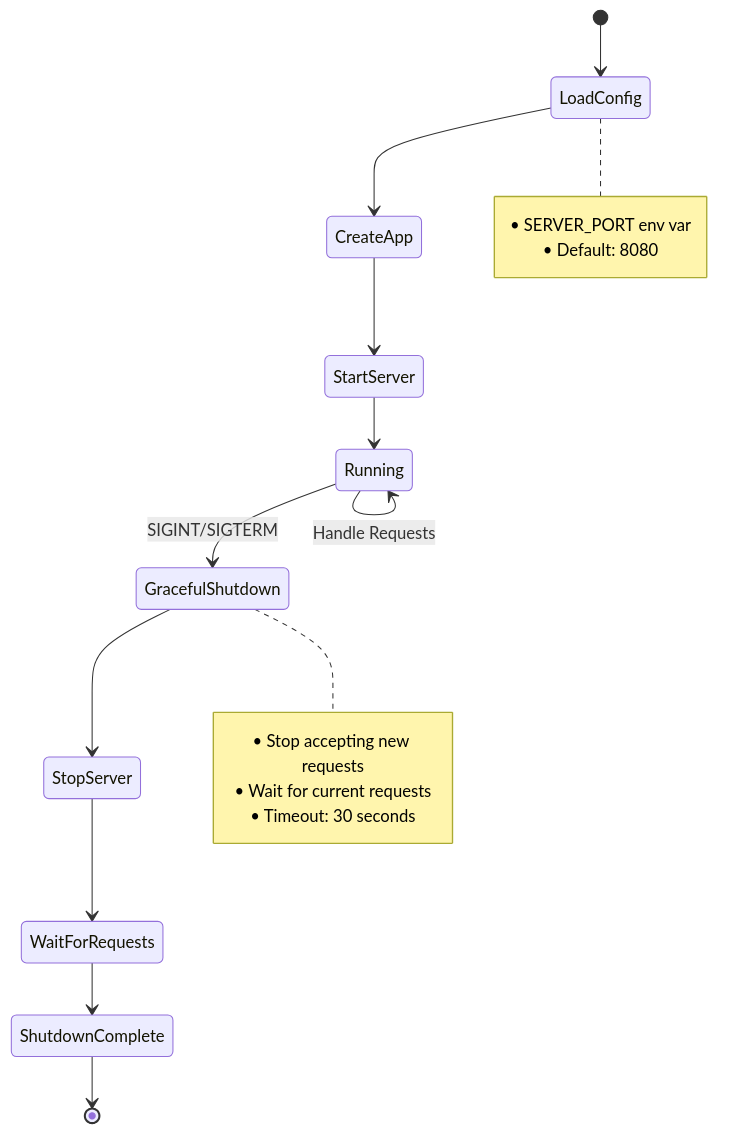
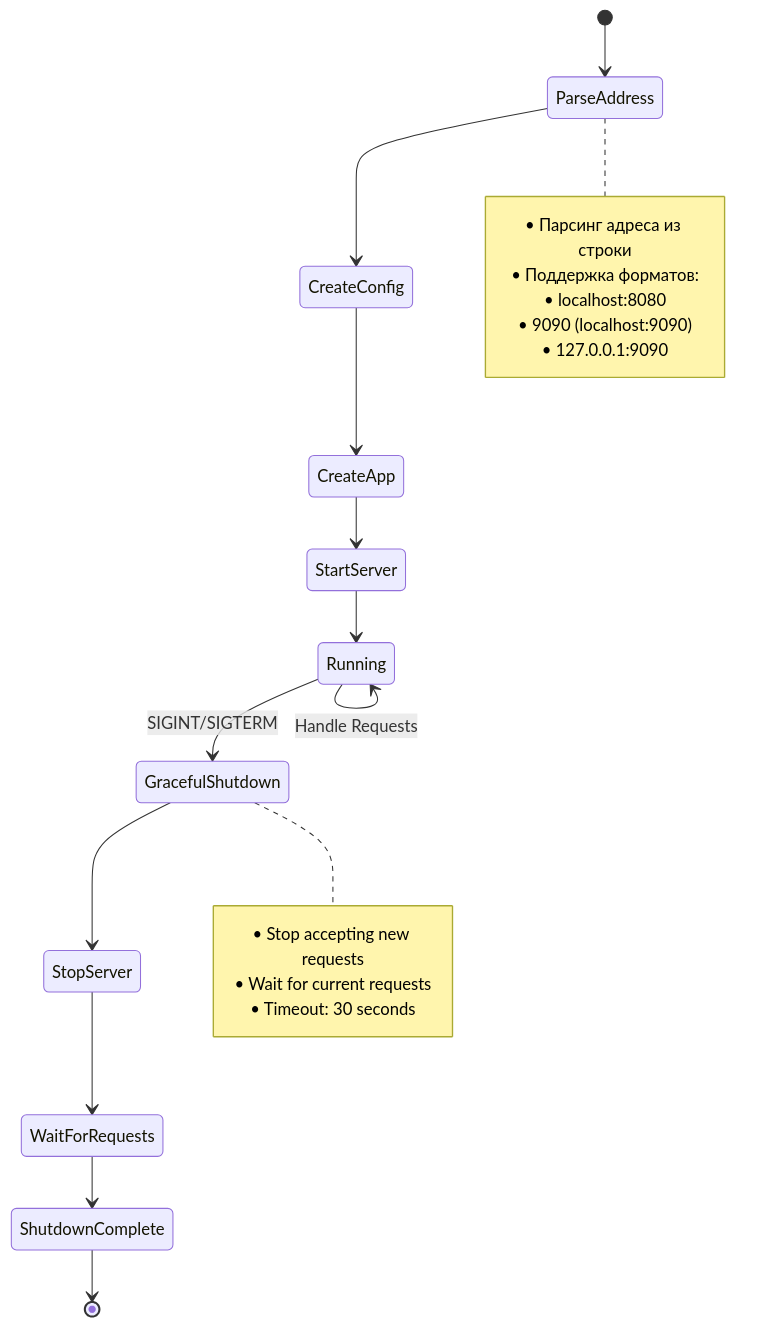
Before and after one commit to IgorKilipenko/metrical: the second of 2 diagrams in internal/app/README.md, drawn with Mermaid. The commit also changed other lines of this file and 4 other files, not shown here.

````diff
--- a/internal/app/README.md
+++ b/internal/app/README.md
@@ -66,26 +76,30 @@
 ```mermaid
 stateDiagram-v2
-    [*] --> LoadConfig
-    LoadConfig --> CreateApp
+    [*] --> ParseAddress
+    ParseAddress --> CreateConfig
+    CreateConfig --> CreateApp
     CreateApp --> StartServer
     StartServer --> Running
     
     Running --> GracefulShutdown : SIGINT/SIGTERM
     GracefulShutdown --> StopServer
     StopServer --> WaitForRequests
     WaitForRequests --> ShutdownComplete
     ShutdownComplete --> [*]
     
     Running --> Running : Handle Requests
     
-    note right of LoadConfig
-        • SERVER_PORT env var
-        • Default: 8080
+    note right of ParseAddress
+        • Парсинг адреса из строки
+        • Поддержка форматов:
+        • localhost:8080
+        • 9090 (localhost:9090)
+        • 127.0.0.1:9090
     end note
     
     note right of GracefulShutdown
         • Stop accepting new requests
         • Wait for current requests
         • Timeout: 30 seconds
     end note
 ```
````
